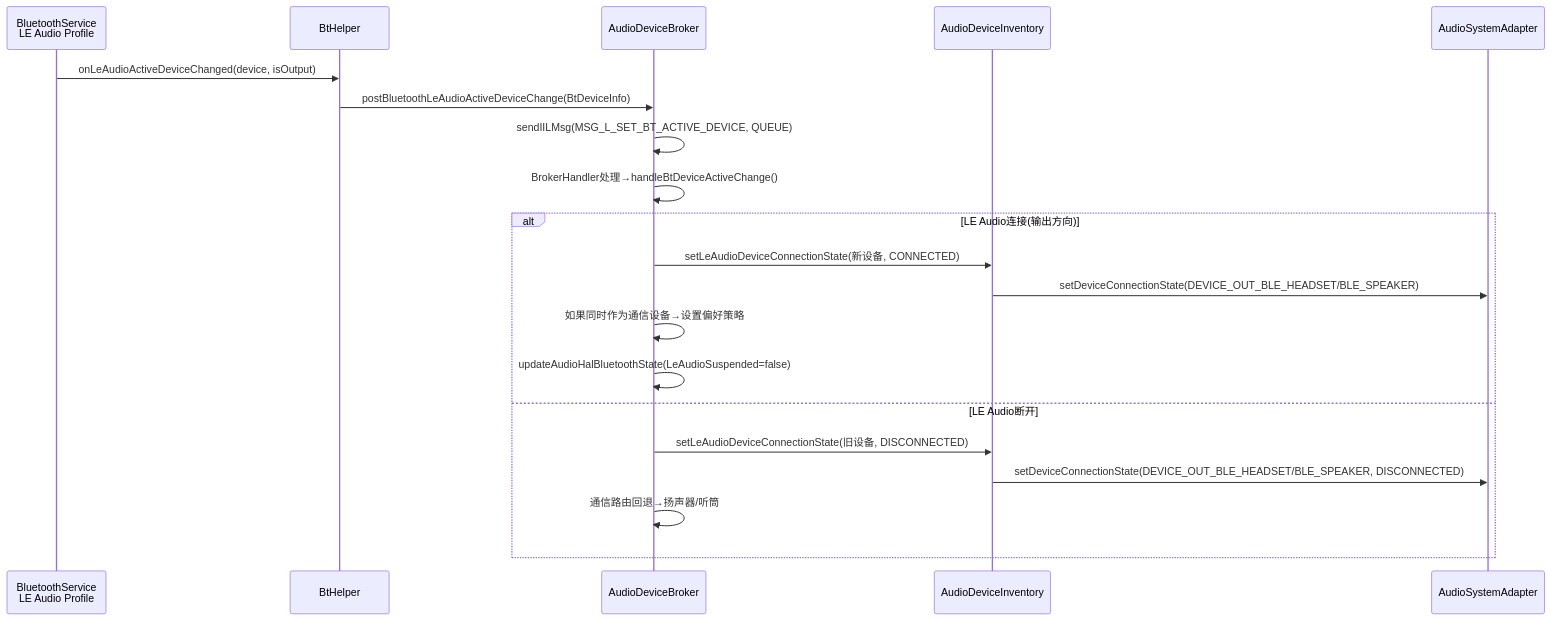
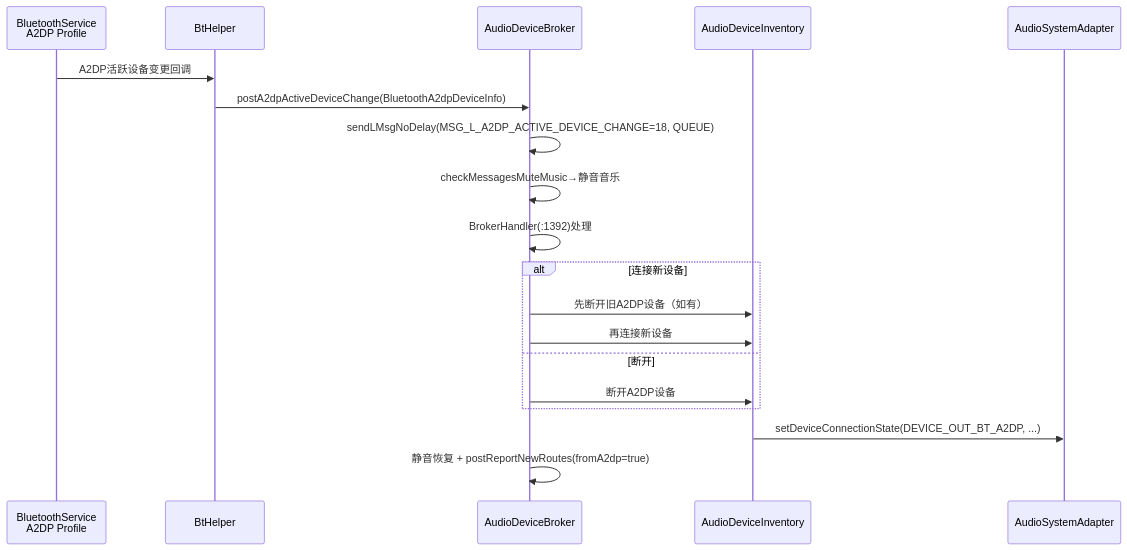
The third of 3 diagrams in 03_Java_Framework_Layer/03_3.5_AudioDeviceBroker-设备热插拔管理.md (yanglinzhen1022/SA8295_AAOS_QNX_Audio_KnowledgeBase), drawn with Mermaid before and after one commit. The commit also changed other lines of this file and 6 other files, not shown here.

````diff
--- a/03_Java_Framework_Layer/03_3.5_AudioDeviceBroker-设备热插拔管理.md
+++ b/03_Java_Framework_Layer/03_3.5_AudioDeviceBroker-设备热插拔管理.md
@@ -378,24 +144,22 @@
 ```mermaid
 sequenceDiagram
-    participant BT as BluetoothService<br/>LE Audio Profile
+    participant BT as BluetoothService<br/>A2DP Profile
     participant BH as BtHelper
     participant ADB as AudioDeviceBroker
     participant DI as AudioDeviceInventory
     participant ASA as AudioSystemAdapter
 
-    BT->>BH: onLeAudioActiveDeviceChanged(device, isOutput)
-    BH->>ADB: postBluetoothLeAudioActiveDeviceChange(BtDeviceInfo)
-    ADB->>ADB: sendIILMsg(MSG_L_SET_BT_ACTIVE_DEVICE, QUEUE)
-    ADB->>ADB: BrokerHandler处理→handleBtDeviceActiveChange()
-
-    alt LE Audio连接(输出方向)
-        ADB->>DI: setLeAudioDeviceConnectionState(新设备, CONNECTED)
-        DI->>ASA: setDeviceConnectionState(DEVICE_OUT_BLE_HEADSET/BLE_SPEAKER)
-        ADB->>ADB: 如果同时作为通信设备→设置偏好策略
-        ADB->>ADB: updateAudioHalBluetoothState(LeAudioSuspended=false)
-    else LE Audio断开
-        ADB->>DI: setLeAudioDeviceConnectionState(旧设备, DISCONNECTED)
-        DI->>ASA: setDeviceConnectionState(DEVICE_OUT_BLE_HEADSET/BLE_SPEAKER, DISCONNECTED)
-        ADB->>ADB: 通信路由回退→扬声器/听筒
+    BT->>BH: A2DP活跃设备变更回调
+    BH->>ADB: postA2dpActiveDeviceChange(BluetoothA2dpDeviceInfo)
+    ADB->>ADB: sendLMsgNoDelay(MSG_L_A2DP_ACTIVE_DEVICE_CHANGE=18, QUEUE)
+    ADB->>ADB: checkMessagesMuteMusic→静音音乐
+    ADB->>ADB: BrokerHandler(:1392)处理
+    alt 连接新设备
+        ADB->>DI: 先断开旧A2DP设备（如有）
+        ADB->>DI: 再连接新设备
+    else 断开
+        ADB->>DI: 断开A2DP设备
     end
+    DI->>ASA: setDeviceConnectionState(DEVICE_OUT_BT_A2DP, ...)
+    ADB->>ADB: 静音恢复 + postReportNewRoutes(fromA2dp=true)
 ```
````
